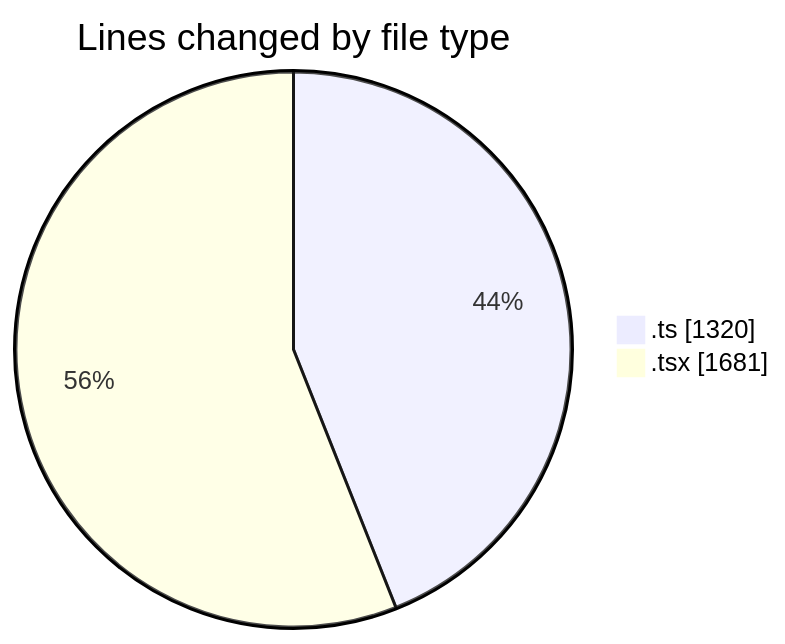
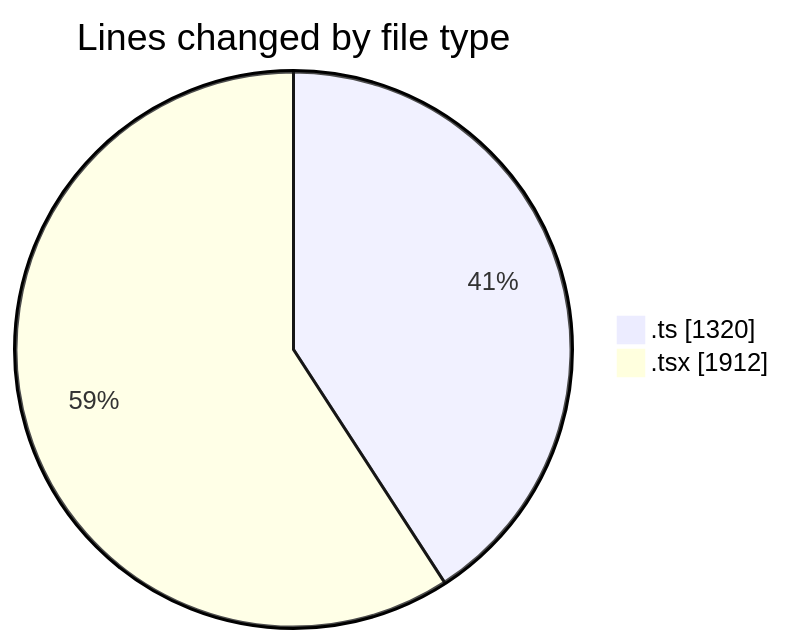
The first of 2 diagrams in 2025-07-01/cda/README.md (momahboobian/code-tracking), drawn with Mermaid before and after one commit. The commit also changed other lines of this file and 1 other file, not shown here.

````diff
--- a/2025-07-01/cda/README.md
+++ b/2025-07-01/cda/README.md
@@ -28,6 +29,6 @@
 ```mermaid
 pie showData
 title Lines changed by file type
 ".ts" : 1320
-".tsx" : 1681
+".tsx" : 1912
 ```
````
